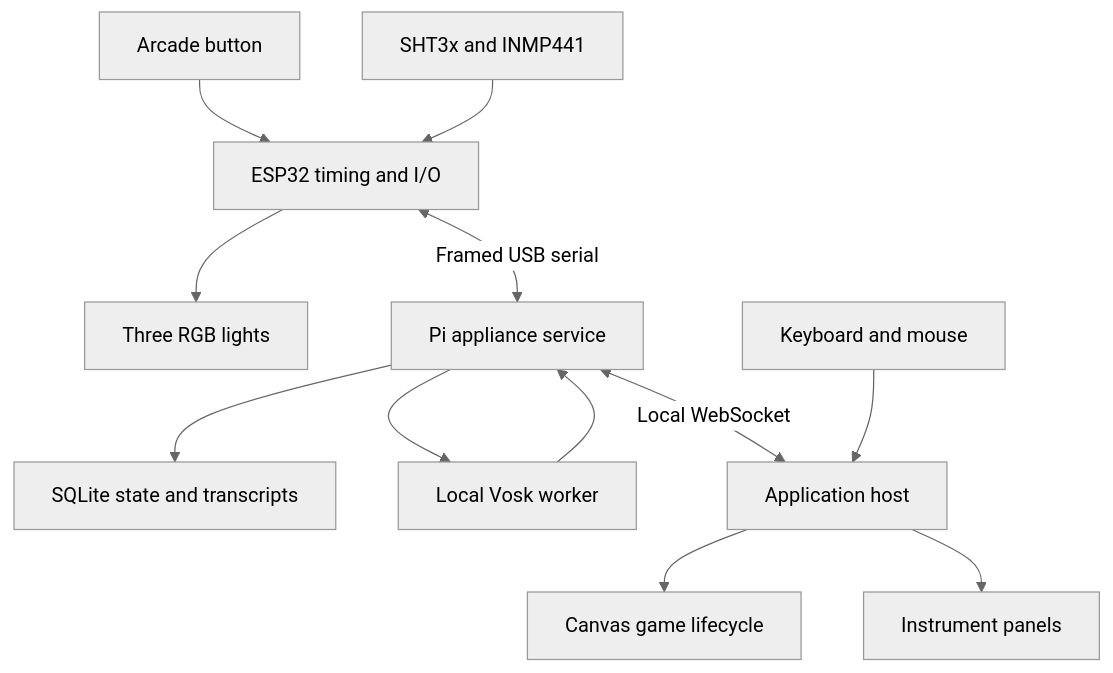
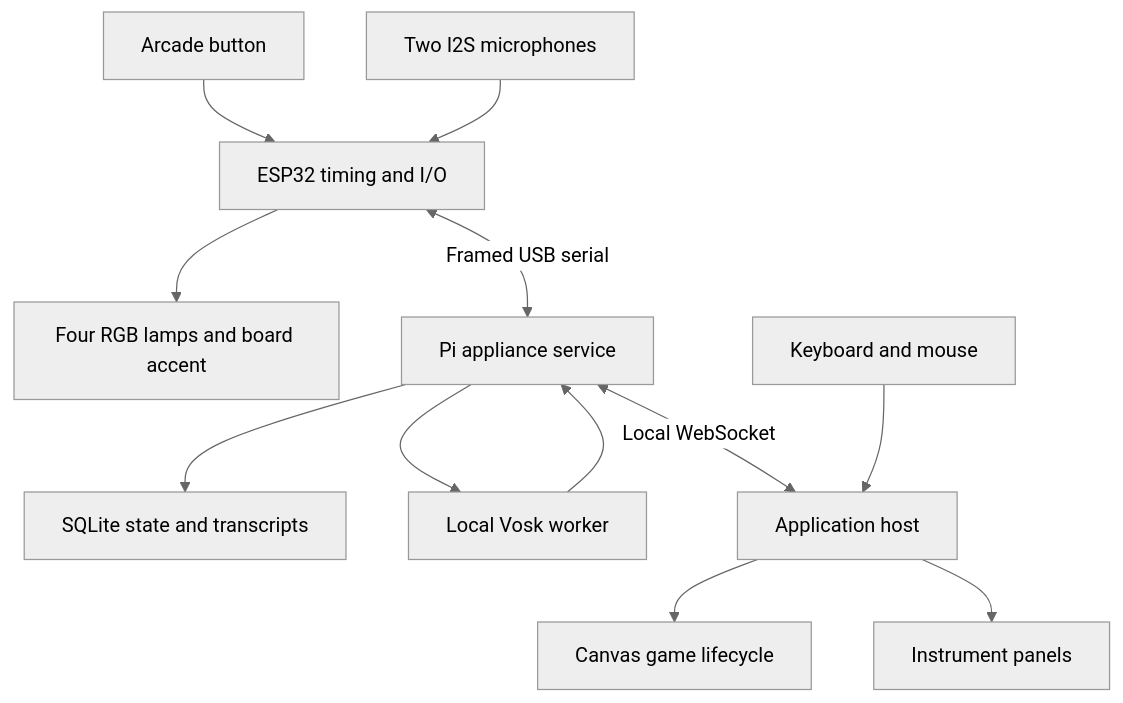
Before and after one commit to SamuelAirs/vesper9: the diagram in docs/ENGINE.md, drawn with Mermaid (neutral theme). The commit also changed other lines of this file and 98 other files, not shown here.

````diff
--- a/docs/ENGINE.md
+++ b/docs/ENGINE.md
@@ -7,14 +7,14 @@
 ```mermaid
 flowchart TD
   Button[Arcade button] --> Node[ESP32 timing and I/O]
-  Sensor[SHT3x and INMP441] --> Node
-  Node --> Lights[Three RGB lights]
+  Sensor[Two I2S microphones] --> Node
+  Node --> Lights[Four RGB lamps and board accent]
   Node <-->|Framed USB serial| Service[Pi appliance service]
   Service --> Store[SQLite state and transcripts]
   Service --> Speech[Local Vosk worker]
   Speech --> Service
   Service <-->|Local WebSocket| Host[Application host]
   Host --> Games[Canvas game lifecycle]
   Host --> Panels[Instrument panels]
   Keys[Keyboard and mouse] --> Host
 ```
````
